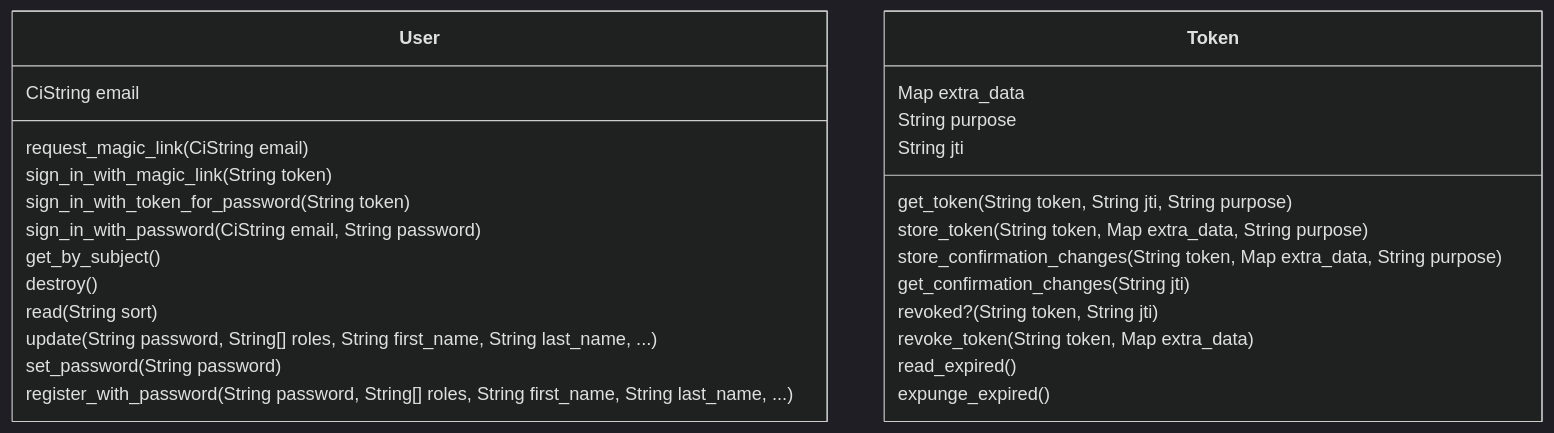
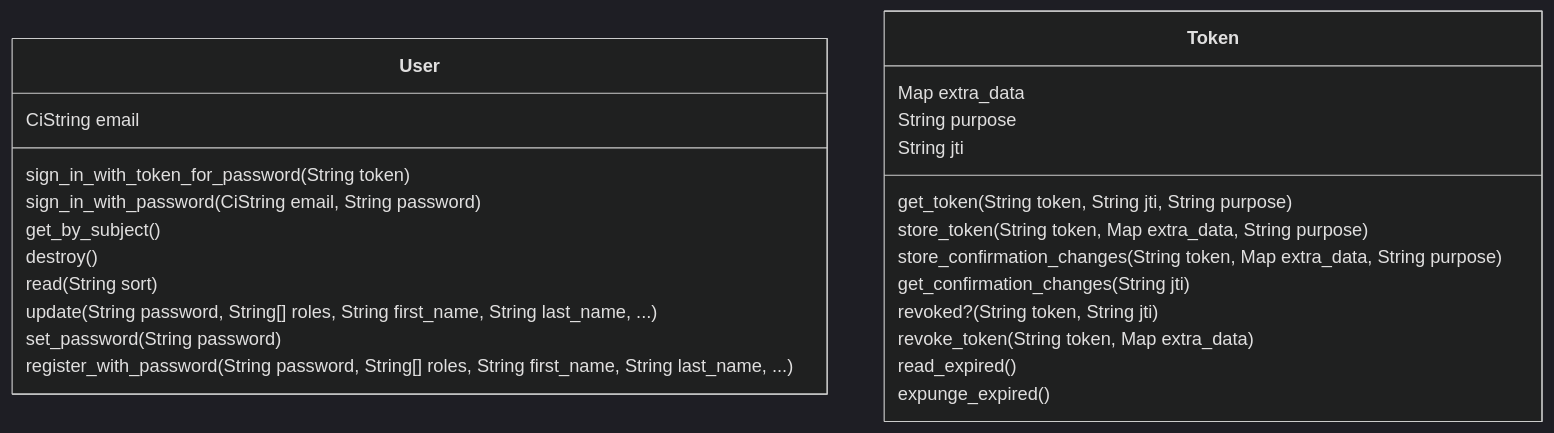
One commit to zebbra/data_aggregator changed the diagram in lib/data_aggregator/accounts/accounts-mermaid-class-diagram.md. Above: the diagram before and after it, drawn with Mermaid (dark theme). The commit also changed 56 other files, not shown here.

````diff
--- a/lib/data_aggregator/accounts/accounts-mermaid-class-diagram.md
+++ b/lib/data_aggregator/accounts/accounts-mermaid-class-diagram.md
@@ -1,32 +1,30 @@
 ```mermaid
 classDiagram
     class User {
         CiString email
-        request_magic_link(CiString email)
-        sign_in_with_magic_link(String token)
         sign_in_with_token_for_password(String token)
         sign_in_with_password(CiString email, String password)
         get_by_subject()
         destroy()
         read(String sort)
         update(String password, String[] roles, String first_name, String last_name, ...)
         set_password(String password)
         register_with_password(String password, String[] roles, String first_name, String last_name, ...)
     }
     class Token {
         Map extra_data
         String purpose
         String jti
         get_token(String token, String jti, String purpose)
         store_token(String token, Map extra_data, String purpose)
         store_confirmation_changes(String token, Map extra_data, String purpose)
         get_confirmation_changes(String jti)
         revoked?(String token, String jti)
         revoke_token(String token, Map extra_data)
         read_expired()
         expunge_expired()
     }
 
 
 
 ```
````
